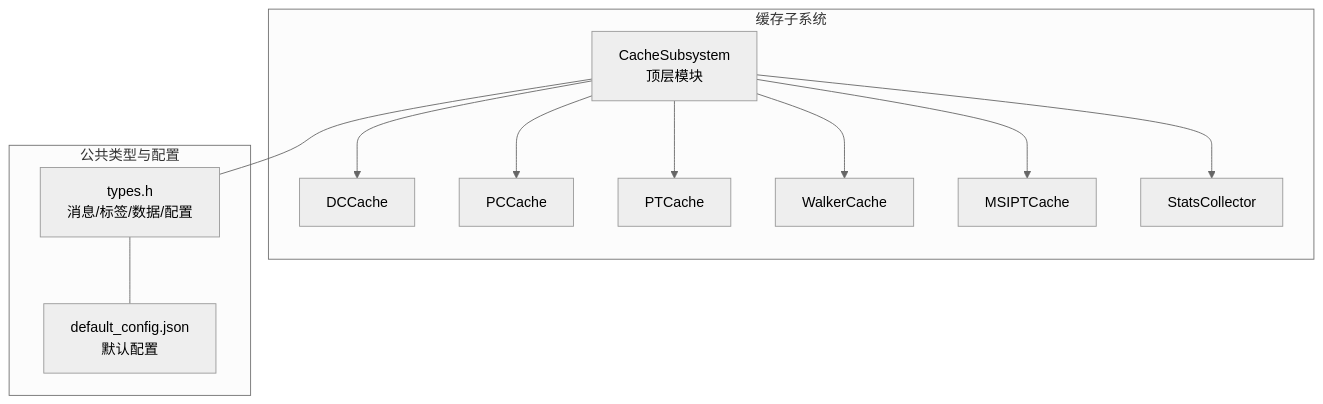
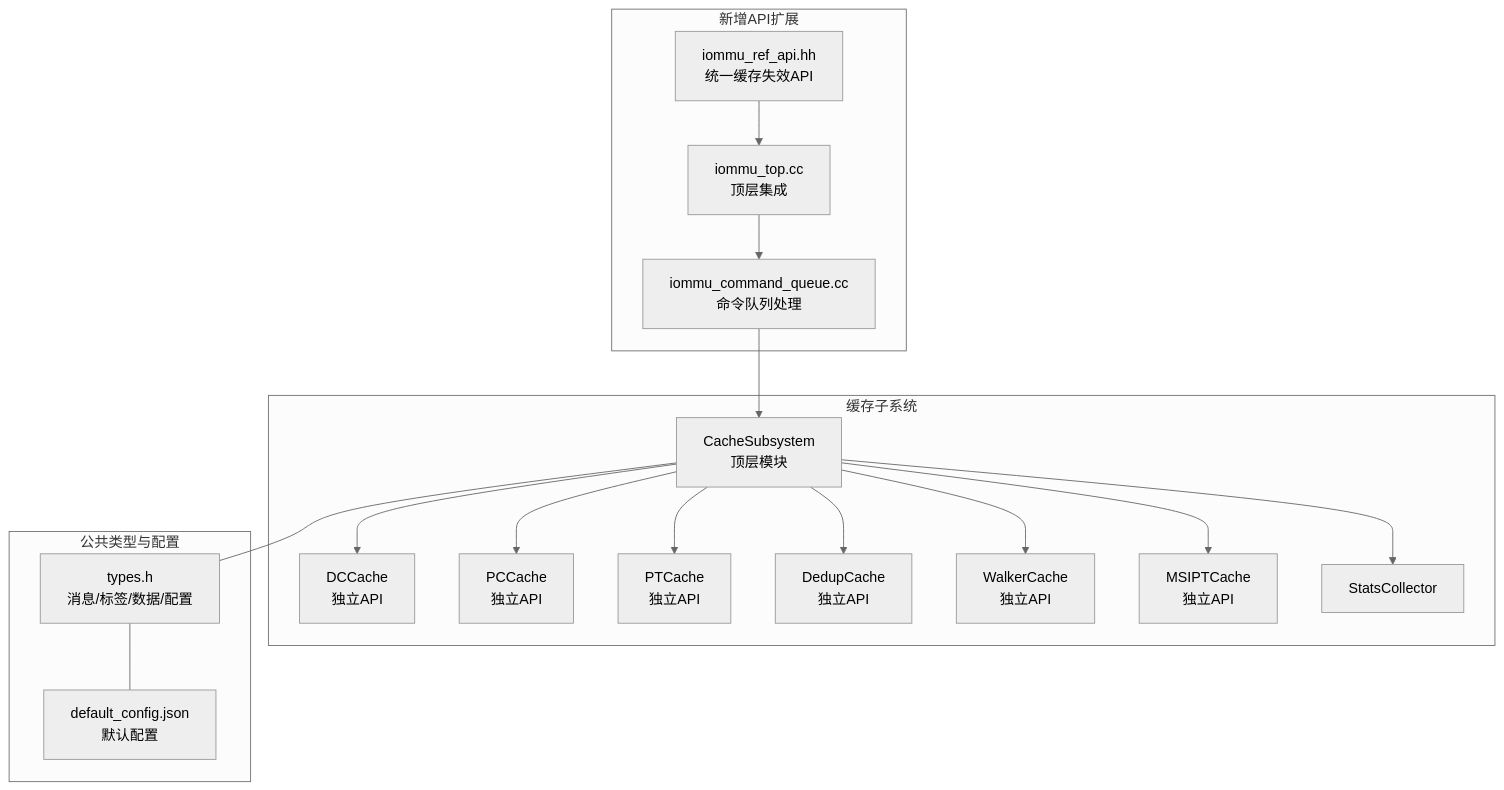
The first of 9 diagrams in .qoder/repowiki/zh/content/API参考手册/缓存接口.md (jiangjiang1122/iommu_model_20260401_v1), drawn with Mermaid (neutral theme) before and after one commit. The commit also changed other lines of this file and 186 other files, not shown here.

````diff
--- a/.qoder/repowiki/zh/content/API参考手册/缓存接口.md
+++ b/.qoder/repowiki/zh/content/API参考手册/缓存接口.md
@@ -50,24 +65,34 @@
 ```mermaid
 graph TB
 subgraph "缓存子系统"
 CS["CacheSubsystem<br/>顶层模块"]
-DC["DCCache"]
-PC["PCCache"]
-PT["PTCache"]
-WC["WalkerCache"]
-MSI["MSIPTCache"]
+DC["DCCache<br/>独立API"]
+PC["PCCache<br/>独立API"]
+PT["PTCache<br/>独立API"]
+DEDUP["DedupCache<br/>独立API"]
+WC["WalkerCache<br/>独立API"]
+MSI["MSIPTCache<br/>独立API"]
 STATS["StatsCollector"]
 end
 subgraph "公共类型与配置"
 TYPES["types.h<br/>消息/标签/数据/配置"]
 CFG["default_config.json<br/>默认配置"]
 end
+subgraph "新增API扩展"
+REF_API["iommu_ref_api.hh<br/>统一缓存失效API"]
+TOP["iommu_top.cc<br/>顶层集成"]
+CMD_Q["iommu_command_queue.cc<br/>命令队列处理"]
+end
 CS --> DC
 CS --> PC
 CS --> PT
+CS --> DEDUP
 CS --> WC
 CS --> MSI
 CS --> STATS
 CS --- TYPES
 TYPES --- CFG
+REF_API --> TOP
+TOP --> CMD_Q
+CMD_Q --> CS
 ```
````
